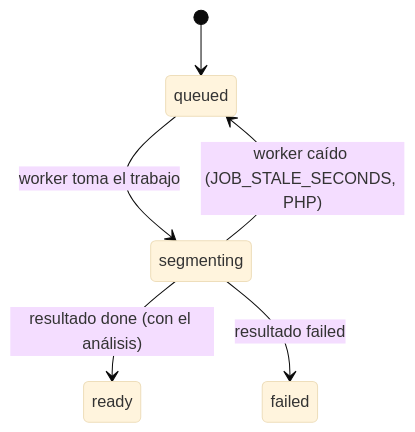
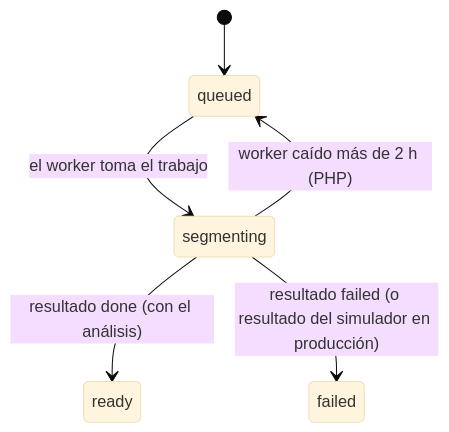
Before and after one commit to pepemxl/meta-ai-hackathon-2026: the fourth of 4 diagrams in docs/arquitectura/06-pipeline-analisis.md, drawn with Mermaid (base theme). The commit also changed other lines of this file and 16 other files, not shown here.

````diff
--- a/docs/arquitectura/06-pipeline-analisis.md
+++ b/docs/arquitectura/06-pipeline-analisis.md
@@ -123,8 +132,8 @@
 ```mermaid
 stateDiagram-v2
     [*] --> queued
-    queued --> segmenting: worker toma el trabajo
+    queued --> segmenting: el worker toma el trabajo
     segmenting --> ready: resultado done (con el análisis)
-    segmenting --> failed: resultado failed
-    segmenting --> queued: worker caído (JOB_STALE_SECONDS, PHP)
+    segmenting --> failed: resultado failed (o resultado del simulador en producción)
+    segmenting --> queued: worker caído más de 2 h (PHP)
 ```
````
